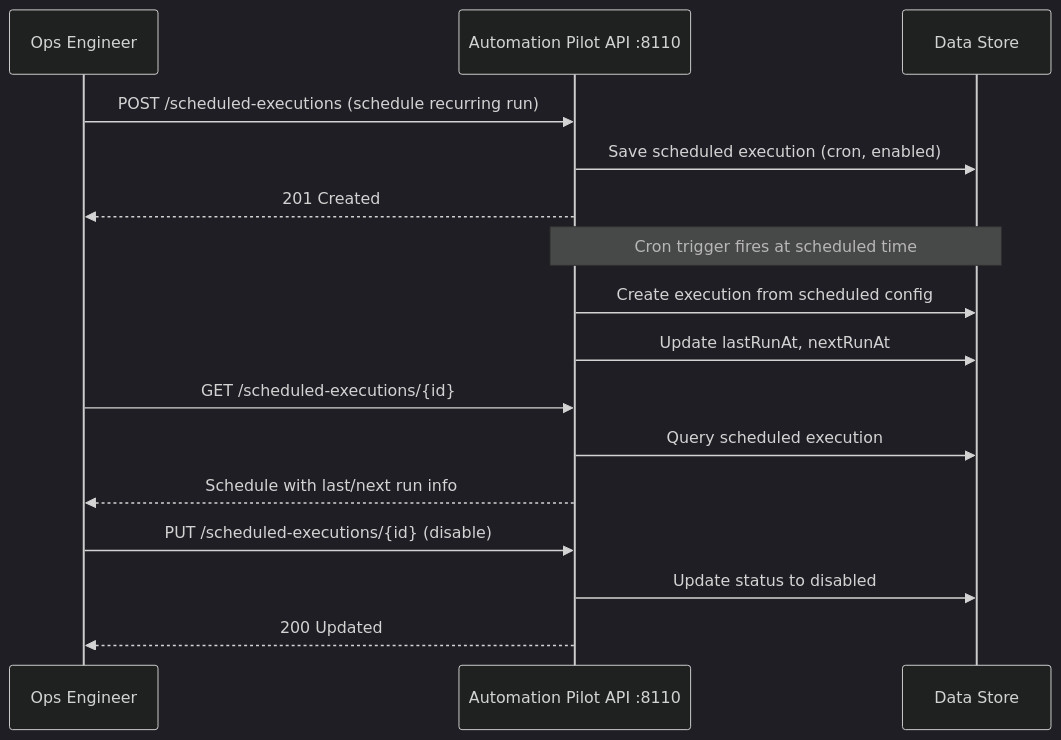
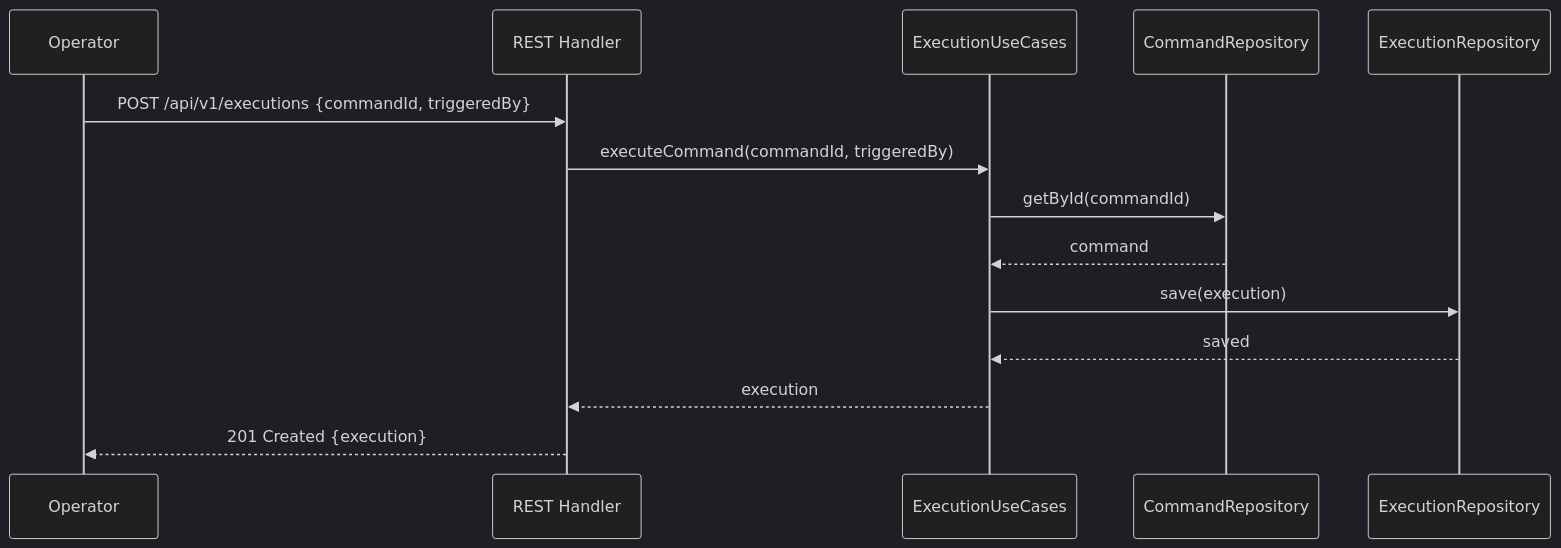
Before and after one commit to UIMSolutions/uim-platform: the third of 3 diagrams in automation-pilot/UML.md, drawn with Mermaid (dark theme). The commit also changed other lines of this file and 128 other files, not shown here.

Commit message:
Refactor UML documentation for Task Center and Transport services; streamline class diagrams, sequence diagrams, and component diagrams for clarity and consistency. Update NAFv4 architecture description to enhance structure and readability. Adjust container module imports for better organization.

````diff
--- a/automation-pilot/UML.md
+++ b/automation-pilot/UML.md
@@ -409,23 +110,17 @@
 ```mermaid
 sequenceDiagram
-    participant OPS as Ops Engineer
-    participant API as Automation Pilot API :8110
-    participant DB as Data Store
+    participant O as Operator
+    participant R as REST Handler
+    participant UC as ExecutionUseCases
+    participant CR as CommandRepository
+    participant ER as ExecutionRepository
 
-    OPS->>API: POST /scheduled-executions (schedule recurring run)
-    API->>DB: Save scheduled execution (cron, enabled)
-    API-->>OPS: 201 Created
-
-    Note over API,DB: Cron trigger fires at scheduled time
-
-    API->>DB: Create execution from scheduled config
-    API->>DB: Update lastRunAt, nextRunAt
-
-    OPS->>API: GET /scheduled-executions/{id}
-    API->>DB: Query scheduled execution
-    API-->>OPS: Schedule with last/next run info
-
-    OPS->>API: PUT /scheduled-executions/{id} (disable)
-    API->>DB: Update status to disabled
-    API-->>OPS: 200 Updated
+    O->>R: POST /api/v1/executions {commandId, triggeredBy}
+    R->>UC: executeCommand(commandId, triggeredBy)
+    UC->>CR: getById(commandId)
+    CR-->>UC: command
+    UC->>ER: save(execution)
+    ER-->>UC: saved
+    UC-->>R: execution
+    R-->>O: 201 Created {execution}
 ```
````
